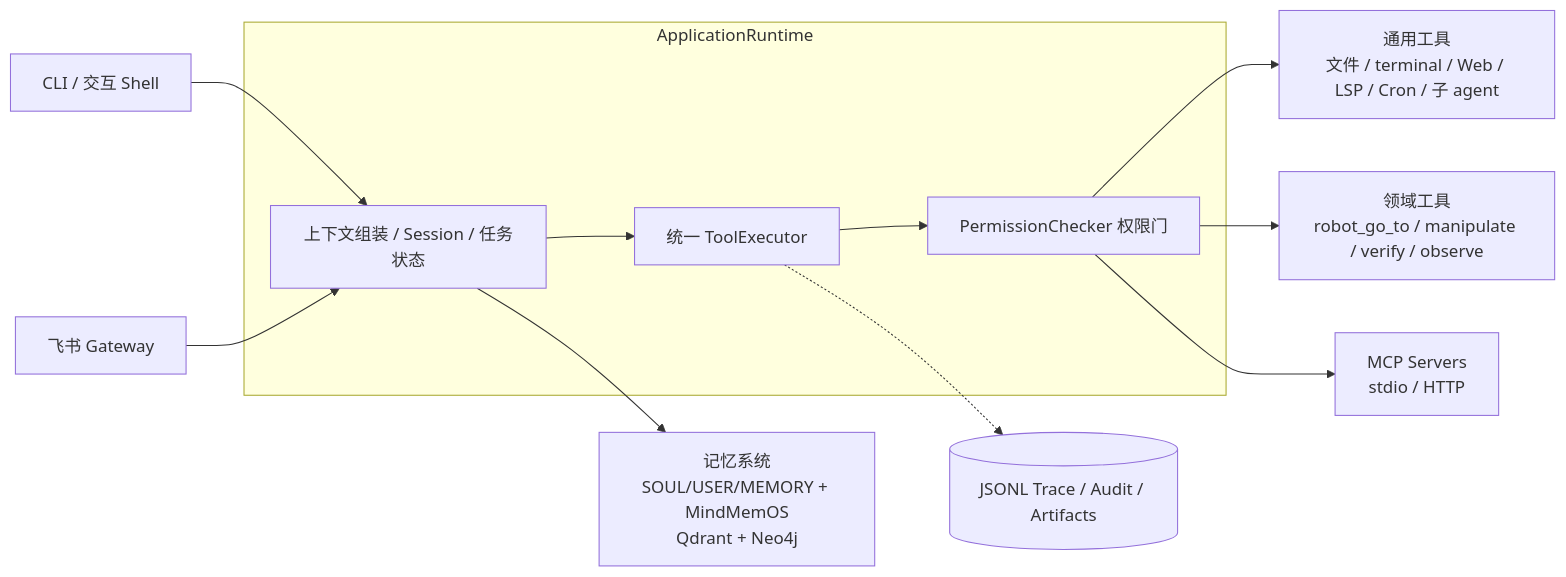
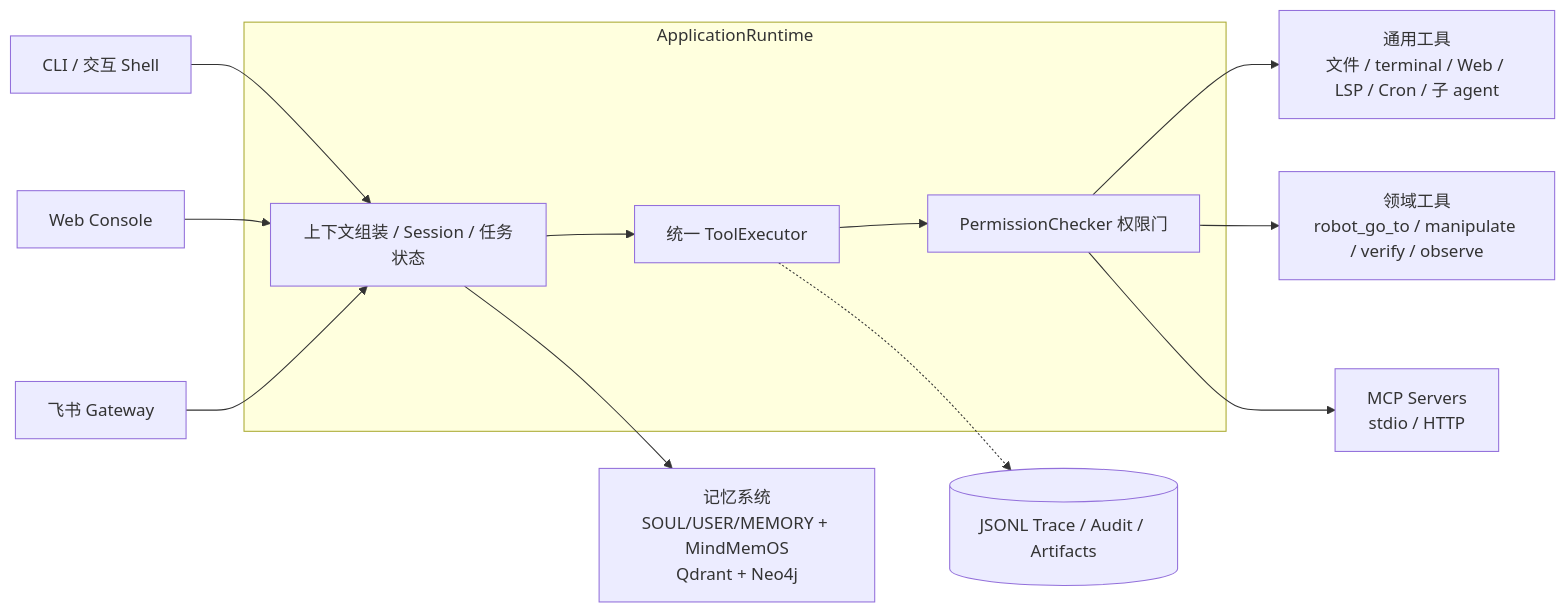
Before and after one commit to Wylam-Yun/Homemaster: the diagram in README.md, drawn with Mermaid. The commit also changed other lines of this file and 39 other files, not shown here.

Commit message:
feat(web): ship React browser console

````diff
--- a/README.md
+++ b/README.md
@@ -58,21 +60,23 @@
 ```mermaid
 flowchart LR
     CLI[CLI / 交互 Shell]
+    WEB[Web Console]
     FEI[飞书 Gateway]
     CLI --> RT
+    WEB --> RT
     FEI --> RT
 
     subgraph Runtime[ApplicationRuntime]
         RT[上下文组装 / Session / 任务状态]
         EXE[统一 ToolExecutor]
         PERM[PermissionChecker 权限门]
         RT --> EXE --> PERM
     end
 
     PERM --> TOOLS[通用工具<br/>文件 / terminal / Web / LSP / Cron / 子 agent]
     PERM --> DOMAIN[领域工具<br/>robot_go_to / manipulate / verify / observe]
     PERM --> MCP[MCP Servers<br/>stdio / HTTP]
     RT --> MEM[记忆系统<br/>SOUL/USER/MEMORY + MindMemOS<br/>Qdrant + Neo4j]
 
     EXE -.-> TRACE[(JSONL Trace / Audit / Artifacts)]
 ```
````
